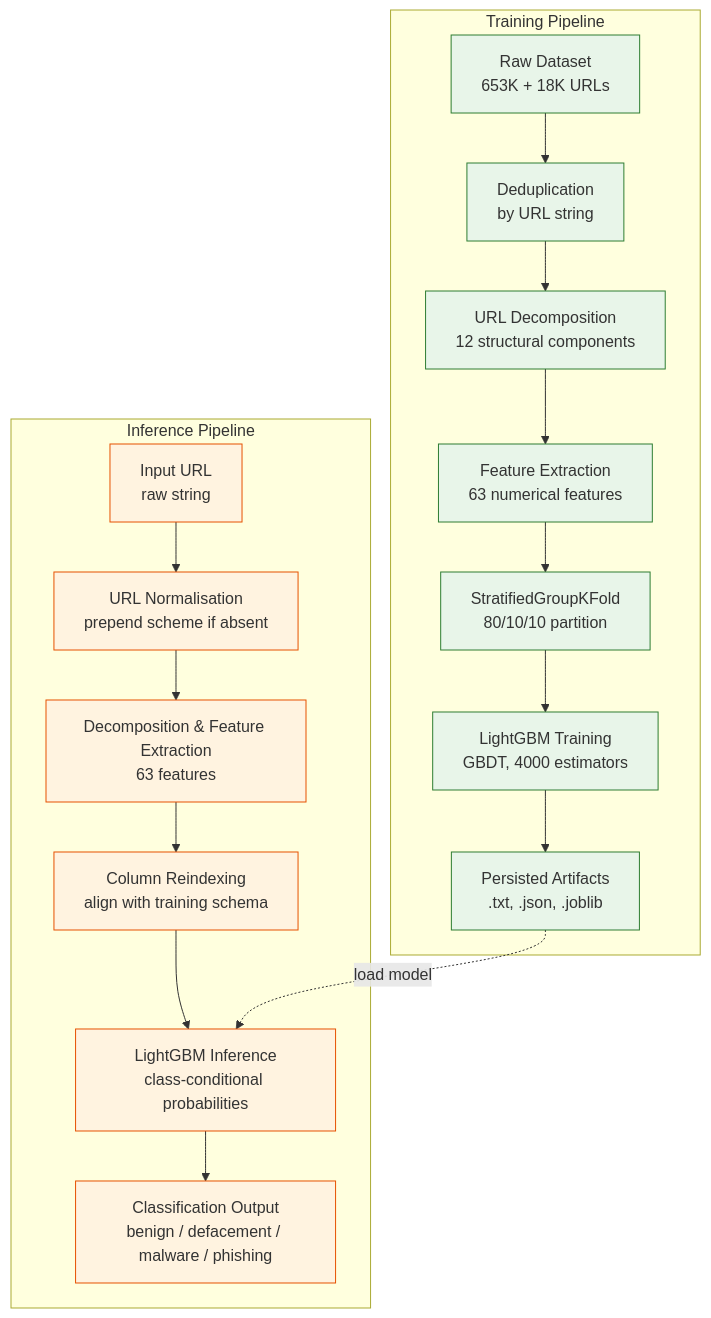
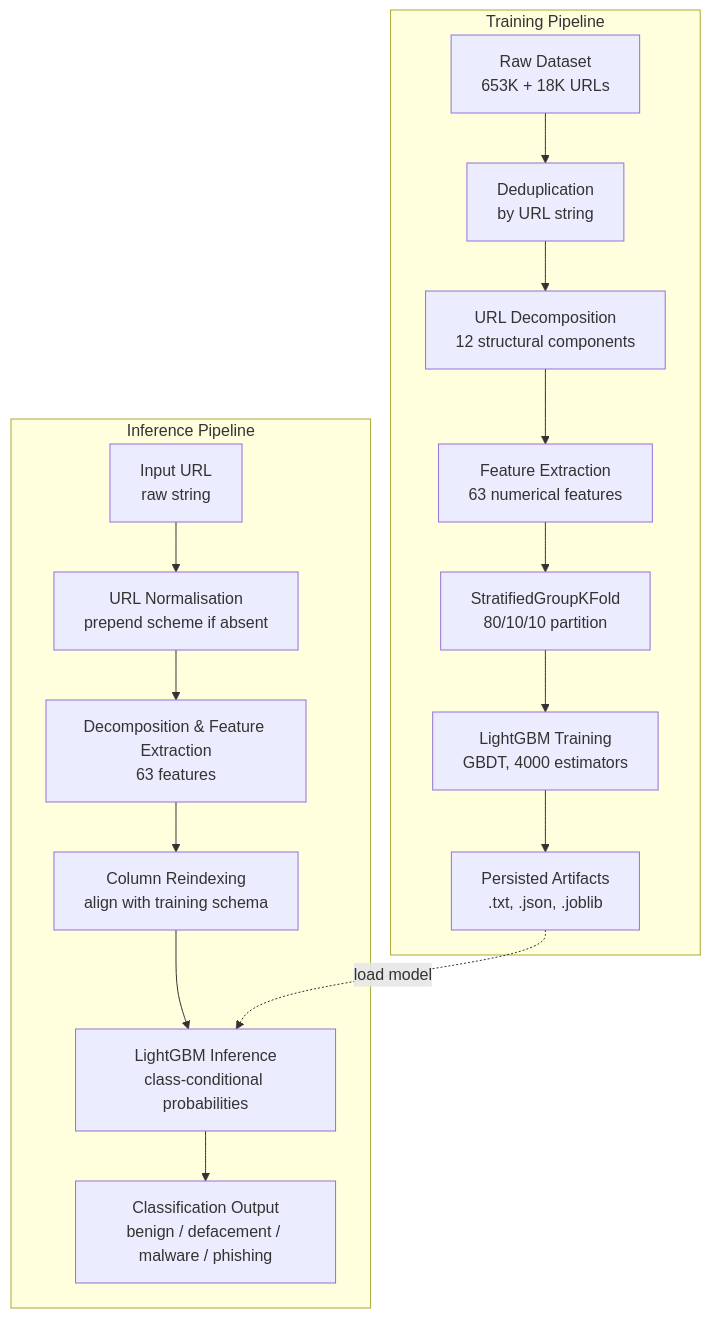
The diagram in MultiLabelClassification/README.md (trungdo2711/MLProject), drawn with Mermaid before and after one commit.

Commit message:
Fix mermaid styling for dark mode legibility in README.md

````diff
--- a/MultiLabelClassification/README.md
+++ b/MultiLabelClassification/README.md
@@ -84,28 +84,21 @@
 ```mermaid
 graph TD
     subgraph Training Pipeline
         T1[Raw Dataset<br>653K + 18K URLs] --> T2[Deduplication<br>by URL string]
         T2 --> T3[URL Decomposition<br>12 structural components]
         T3 --> T4[Feature Extraction<br>63 numerical features]
         T4 --> T5[StratifiedGroupKFold<br>80/10/10 partition]
         T5 --> T6[LightGBM Training<br>GBDT, 4000 estimators]
         T6 --> T7[Persisted Artifacts<br>.txt, .json, .joblib]
     end
 
     subgraph Inference Pipeline
         I1[Input URL<br>raw string] --> I2[URL Normalisation<br>prepend scheme if absent]
         I2 --> I3[Decomposition & Feature Extraction<br>63 features]
         I3 --> I4[Column Reindexing<br>align with training schema]
         I4 --> I5[LightGBM Inference<br>class-conditional probabilities]
         I5 --> I6[Classification Output<br>benign / defacement / malware / phishing]
     end
 
     T7 -. load model .-> I5
-
-    classDef default fill:#f9f9f9,stroke:#333,stroke-width:1px;
-    classDef train fill:#e8f5e9,stroke:#2e7d32,stroke-width:1px;
-    classDef infer fill:#fff3e0,stroke:#e65100,stroke-width:1px;
-    
-    class T1,T2,T3,T4,T5,T6,T7 train;
-    class I1,I2,I3,I4,I5,I6 infer;
 ```
````
